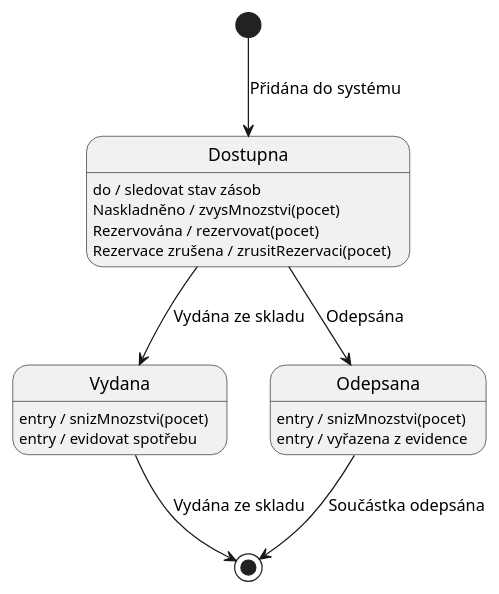
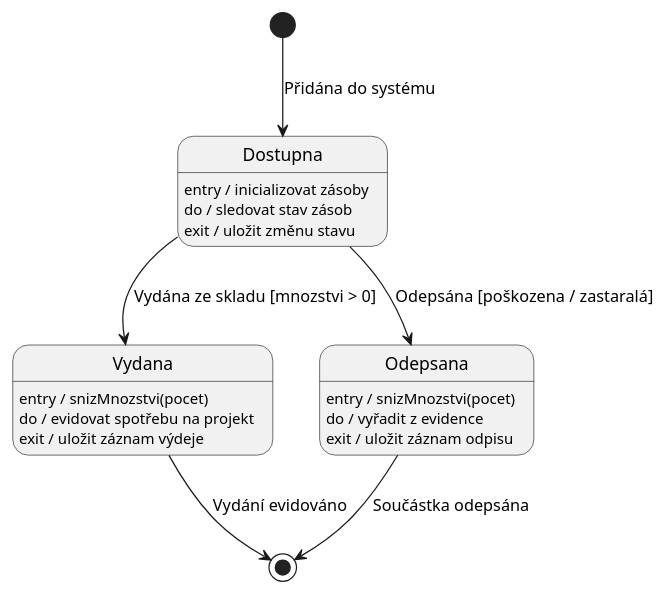
One commit to lkvapil/kOdevzdaniProjektWMS changed the diagram in diagrams/10_state_soucastka_projekt.puml. Above: the diagram before and after it, drawn with PlantUML. The commit also changed 3 other files, not shown here.

Commit message:
Oprava konzistence – sekvenční diagram, stavové diagramy 09+10

```diff
--- a/diagrams/10_state_soucastka_projekt.puml
+++ b/diagrams/10_state_soucastka_projekt.puml
@@ -1,22 +1,22 @@
 @startuml
 top to bottom direction
 
-
 [*] --> Dostupna : Přidána do systému
 
+Dostupna : entry / inicializovat zásoby
 Dostupna : do / sledovat stav zásob
-Dostupna : Naskladněno / zvysMnozstvi(pocet)
-Dostupna : Rezervována / rezervovat(pocet)
-Dostupna : Rezervace zrušena / zrusitRezervaci(pocet)
-Dostupna --> Vydana : Vydána ze skladu
-Dostupna --> Odepsana : Odepsána
+Dostupna : exit / uložit změnu stavu
+Dostupna --> Vydana   : Vydána ze skladu [mnozstvi > 0]
+Dostupna --> Odepsana : Odepsána [poškozena / zastaralá]
 
 Vydana : entry / snizMnozstvi(pocet)
-Vydana : entry / evidovat spotřebu
-Vydana --> [*] : Vydána ze skladu
+Vydana : do / evidovat spotřebu na projekt
+Vydana : exit / uložit záznam výdeje
+Vydana --> [*] : Vydání evidováno
 
 Odepsana : entry / snizMnozstvi(pocet)
-Odepsana : entry / vyřazena z evidence
+Odepsana : do / vyřadit z evidence
+Odepsana : exit / uložit záznam odpisu
 Odepsana --> [*] : Součástka odepsána
 
 @enduml
```
